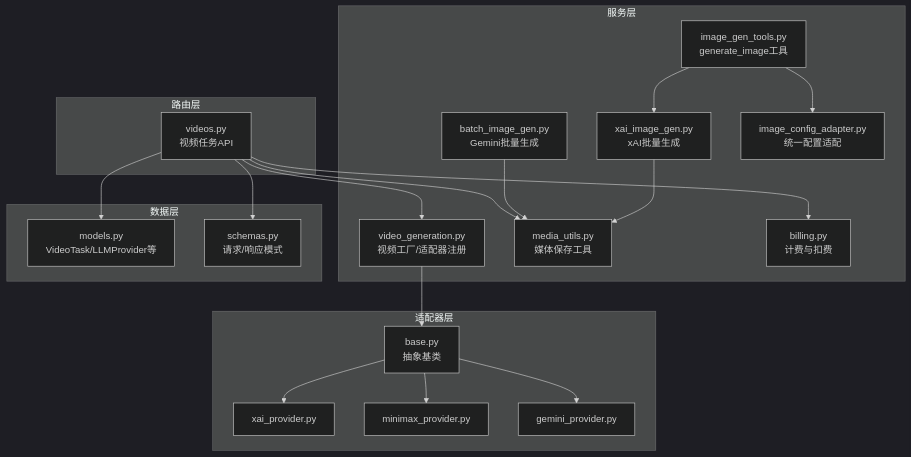
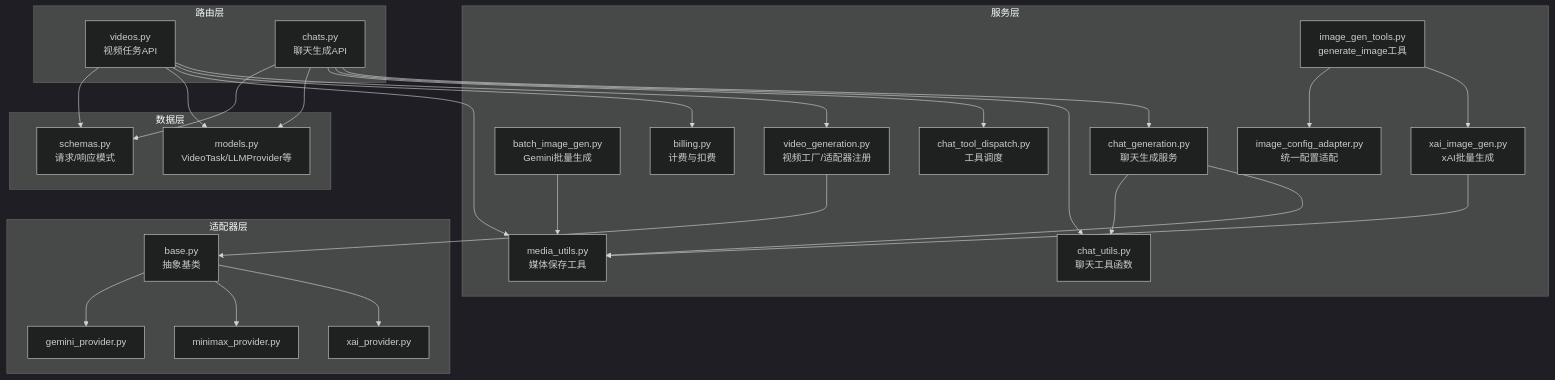
Before and after one commit to KunLabAI/KunFlix: the first of 7 diagrams in .qoder/repowiki/zh/content/后端服务架构/业务服务层/媒体生成服务/媒体生成服务.md, drawn with Mermaid (dark theme). The commit also changed other lines of this file and 10 other files, not shown here.

First line of the commit message:
feat(gemini): 新增Gemini Nano Banana图像生成功能及编辑支持

````diff
--- a/.qoder/repowiki/zh/content/后端服务架构/业务服务层/媒体生成服务/媒体生成服务.md
+++ b/.qoder/repowiki/zh/content/后端服务架构/业务服务层/媒体生成服务/媒体生成服务.md
@@ -44,38 +58,49 @@
 ```mermaid
 graph TB
 subgraph "路由层"
 R1["videos.py<br/>视频任务API"]
+R2["chats.py<br/>聊天生成API"]
 end
 subgraph "服务层"
 S1["video_generation.py<br/>视频工厂/适配器注册"]
 S2["batch_image_gen.py<br/>Gemini批量生成"]
 S3["xai_image_gen.py<br/>xAI批量生成"]
 S4["image_gen_tools.py<br/>generate_image工具"]
 S5["media_utils.py<br/>媒体保存工具"]
 S6["billing.py<br/>计费与扣费"]
 S7["image_config_adapter.py<br/>统一配置适配"]
+S8["chat_generation.py<br/>聊天生成服务"]
+S9["chat_utils.py<br/>聊天工具函数"]
+S10["chat_tool_dispatch.py<br/>工具调度"]
 end
 subgraph "适配器层"
 A1["base.py<br/>抽象基类"]
 A2["xai_provider.py"]
 A3["minimax_provider.py"]
 A4["gemini_provider.py"]
 end
 subgraph "数据层"
 D1["models.py<br/>VideoTask/LLMProvider等"]
 D2["schemas.py<br/>请求/响应模式"]
 end
 R1 --> S1
 R1 --> S6
 R1 --> S5
+R2 --> S8
+R2 --> S9
+R2 --> S10
 S1 --> A1
 A1 --> A2
 A1 --> A3
 A1 --> A4
 S2 --> S5
 S3 --> S5
 S4 --> S3
 S4 --> S7
+S8 --> S5
+S8 --> S9
 R1 --> D1
 R1 --> D2
+R2 --> D1
+R2 --> D2
 ```
````
